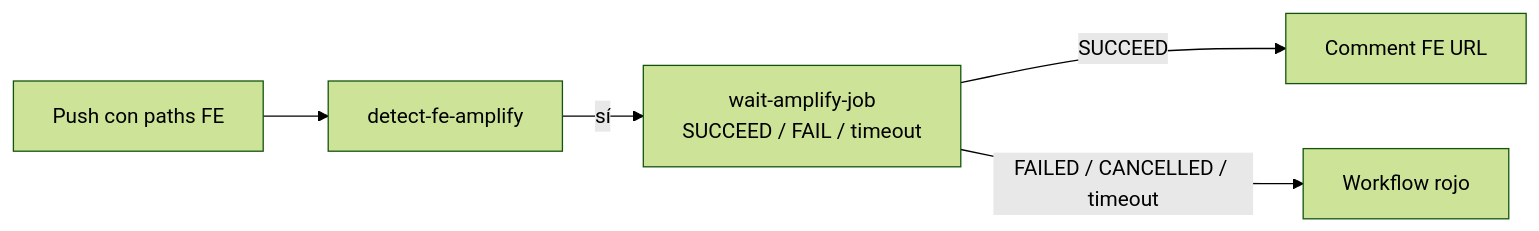
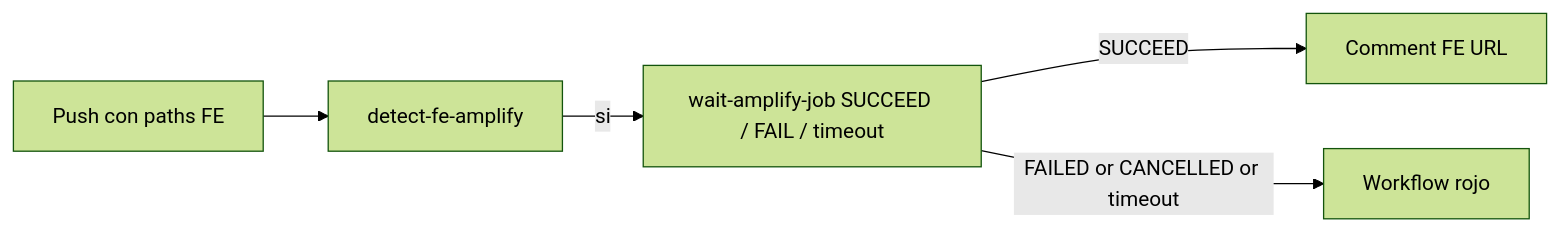
The fourth of 5 diagrams in README.md (DanielMat97/checkout-store-fullstack-test), drawn with Mermaid (forest theme) before and after one commit. The commit also changed other lines of this file and 5 other files, not shown here.

````diff
--- a/README.md
+++ b/README.md
@@ -233,7 +234,7 @@
 ```mermaid
 flowchart LR
-  FE[Push con paths FE] --> Det2[detect-fe-amplify]
-  Det2 -->|sí| Wait[wait-amplify-job<br/>SUCCEED / FAIL / timeout]
-  Wait -->|SUCCEED| Comment[Comment FE URL]
-  Wait -->|FAILED / CANCELLED / timeout| Red[Workflow rojo]
+  FE["Push con paths FE"] --> Det2["detect-fe-amplify"]
+  Det2 -->|si| Wait["wait-amplify-job SUCCEED / FAIL / timeout"]
+  Wait -->|SUCCEED| Comment["Comment FE URL"]
+  Wait -->|FAILED or CANCELLED or timeout| Red["Workflow rojo"]
 ```
````
